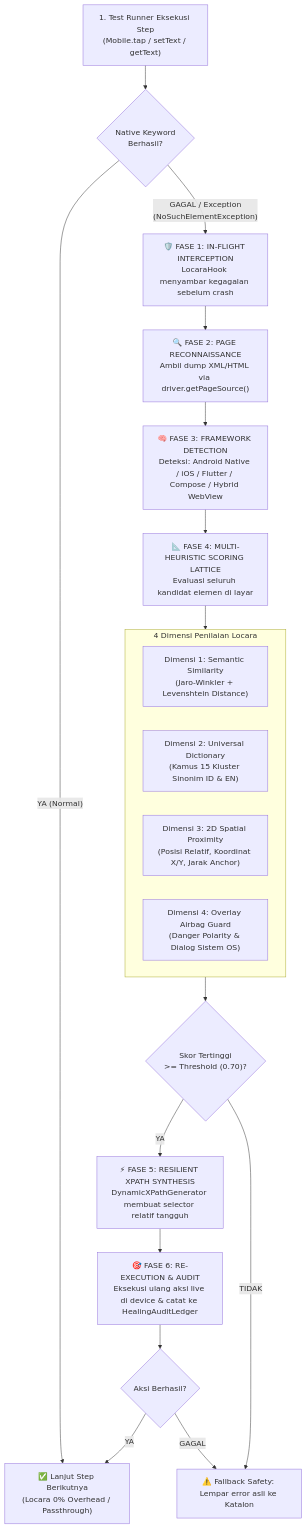
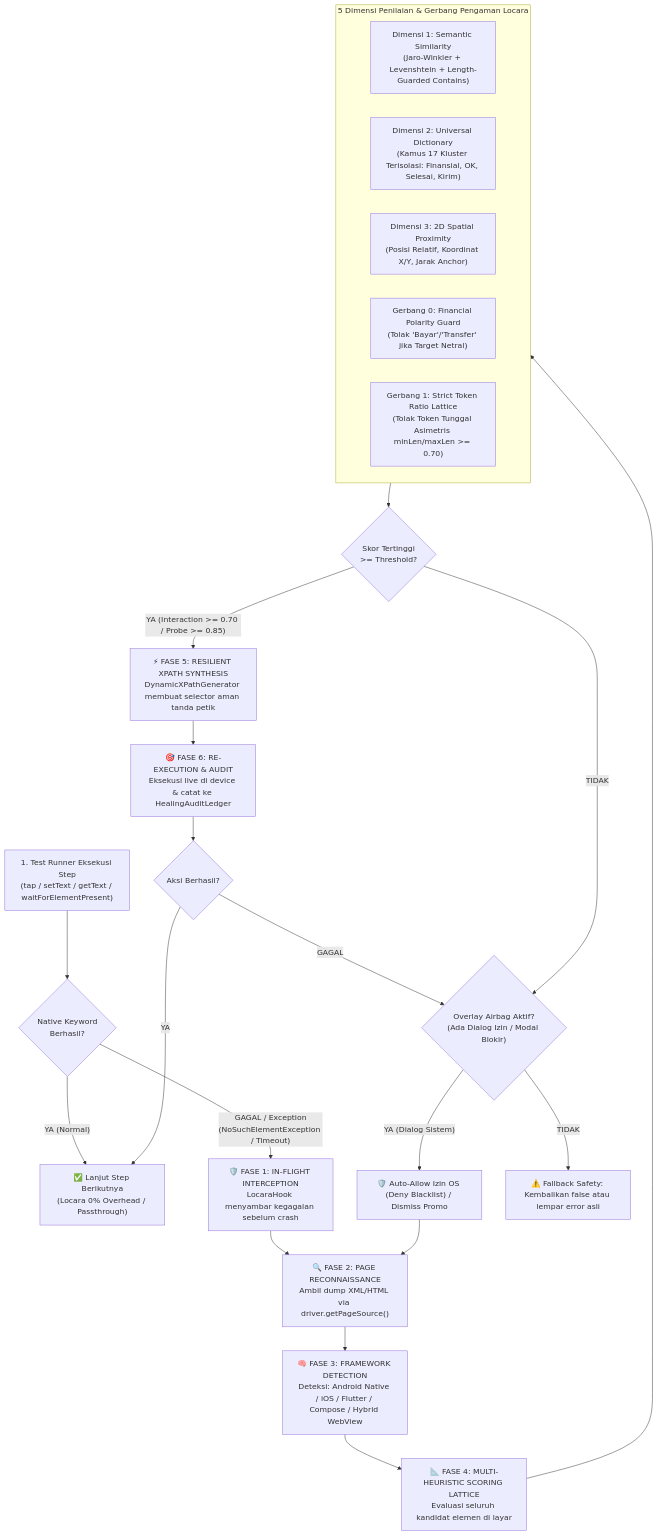
One commit to Qureon/Locara changed the diagram in docs/ARCHITECTURE_AND_FLOW.md. Above: the diagram before and after it, drawn with Mermaid. The commit also changed other lines of this file and 7 other files, not shown here.

Commit message:
fix(security): enforce Rule 0 financial action polarity shield, isolate ThreadLocal AppTarget, and update v1.8 docs

````diff
--- a/docs/ARCHITECTURE_AND_FLOW.md
+++ b/docs/ARCHITECTURE_AND_FLOW.md
@@ -32,33 +36,38 @@
 ```mermaid
 flowchart TD
-    A["1. Test Runner Eksekusi Step<br/>(Mobile.tap / setText / getText)"] --> B{"Native Keyword<br/>Berhasil?"}
+    A["1. Test Runner Eksekusi Step<br/>(tap / setText / getText / waitForElementPresent)"] --> B{"Native Keyword<br/>Berhasil?"}
     
     B -- YA (Normal) --> C["✅ Lanjut Step Berikutnya<br/>(Locara 0% Overhead / Passthrough)"]
     
-    B -- GAGAL / Exception<br/>(NoSuchElementException) --> D["🛡️ FASE 1: IN-FLIGHT INTERCEPTION<br/>LocaraHook menyambar kegagalan sebelum crash"]
+    B -- GAGAL / Exception<br/>(NoSuchElementException / Timeout) --> D["🛡️ FASE 1: IN-FLIGHT INTERCEPTION<br/>LocaraHook menyambar kegagalan sebelum crash"]
     
     D --> E["🔍 FASE 2: PAGE RECONNAISSANCE<br/>Ambil dump XML/HTML via driver.getPageSource()"]
     
     E --> F["🧠 FASE 3: FRAMEWORK DETECTION<br/>Deteksi: Android Native / iOS / Flutter / Compose / Hybrid WebView"]
     
     F --> G["📐 FASE 4: MULTI-HEURISTIC SCORING LATTICE<br/>Evaluasi seluruh kandidat elemen di layar"]
     
-    subgraph HeuristicScoring ["4 Dimensi Penilaian Locara"]
-        G1["Dimensi 1: Semantic Similarity<br/>(Jaro-Winkler + Levenshtein Distance)"]
-        G2["Dimensi 2: Universal Dictionary<br/>(Kamus 15 Kluster Sinonim ID & EN)"]
+    subgraph HeuristicScoring ["5 Dimensi Penilaian & Gerbang Pengaman Locara"]
+        G1["Dimensi 1: Semantic Similarity<br/>(Jaro-Winkler + Levenshtein + Length-Guarded Contains)"]
+        G2["Dimensi 2: Universal Dictionary<br/>(Kamus 17 Kluster Terisolasi: Finansial, OK, Selesai, Kirim)"]
         G3["Dimensi 3: 2D Spatial Proximity<br/>(Posisi Relatif, Koordinat X/Y, Jarak Anchor)"]
-        G4["Dimensi 4: Overlay Airbag Guard<br/>(Danger Polarity & Dialog Sistem OS)"]
+        G4["Gerbang 0: Financial Polarity Guard<br/>(Tolak 'Bayar'/'Transfer' jika Target Netral)"]
+        G5["Gerbang 1: Strict Token Ratio Lattice<br/>(Tolak Token Tunggal Asimetris minLen/maxLen >= 0.70)"]
     end
     
     G --> HeuristicScoring
-    HeuristicScoring --> H{"Skor Tertinggi<br/>>= Threshold (0.70)?"}
+    HeuristicScoring --> H{"Skor Tertinggi<br/>>= Threshold?"}
     
-    H -- YA --> I["⚡ FASE 5: RESILIENT XPATH SYNTHESIS<br/>DynamicXPathGenerator membuat selector relatif tangguh"]
+    H -- "YA (Interaction >= 0.70 / Probe >= 0.85)" --> I["⚡ FASE 5: RESILIENT XPATH SYNTHESIS<br/>DynamicXPathGenerator membuat selector aman tanda petik"]
     
-    I --> J["🎯 FASE 6: RE-EXECUTION & AUDIT<br/>Eksekusi ulang aksi live di device & catat ke HealingAuditLedger"]
+    I --> J["🎯 FASE 6: RE-EXECUTION & AUDIT<br/>Eksekusi live di device & catat ke HealingAuditLedger"]
     
     J --> K{"Aksi Berhasil?"}
     K -- YA --> C
-    K -- GAGAL --> L["⚠️ Fallback Safety: Lempar error asli ke Katalon"]
-    H -- TIDAK --> L
+    K -- GAGAL --> M{"Overlay Airbag Aktif?<br/>(Ada Dialog Izin / Modal Blokir)"}
+    H -- TIDAK --> M
+    
+    M -- YA (Dialog Sistem) --> N["🛡️ Auto-Allow Izin OS (Deny Blacklist) / Dismiss Promo"]
+    N --> E
+    M -- TIDAK --> L["⚠️ Fallback Safety: Kembalikan false atau lempar error asli"]
 ```
````
